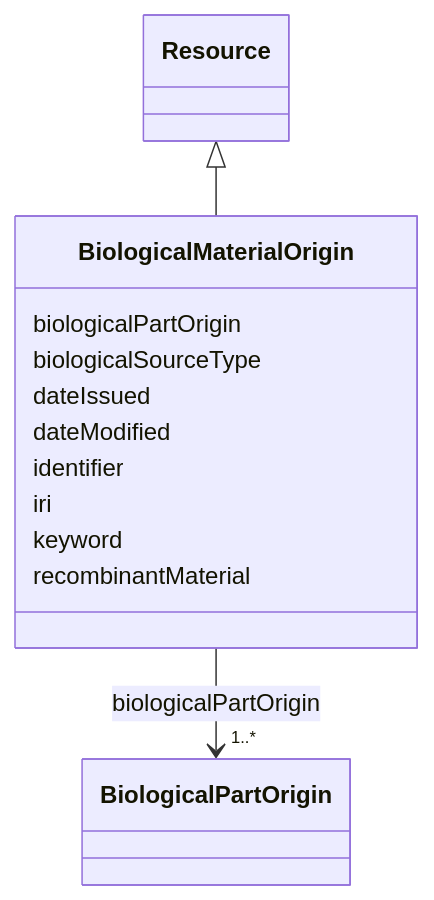
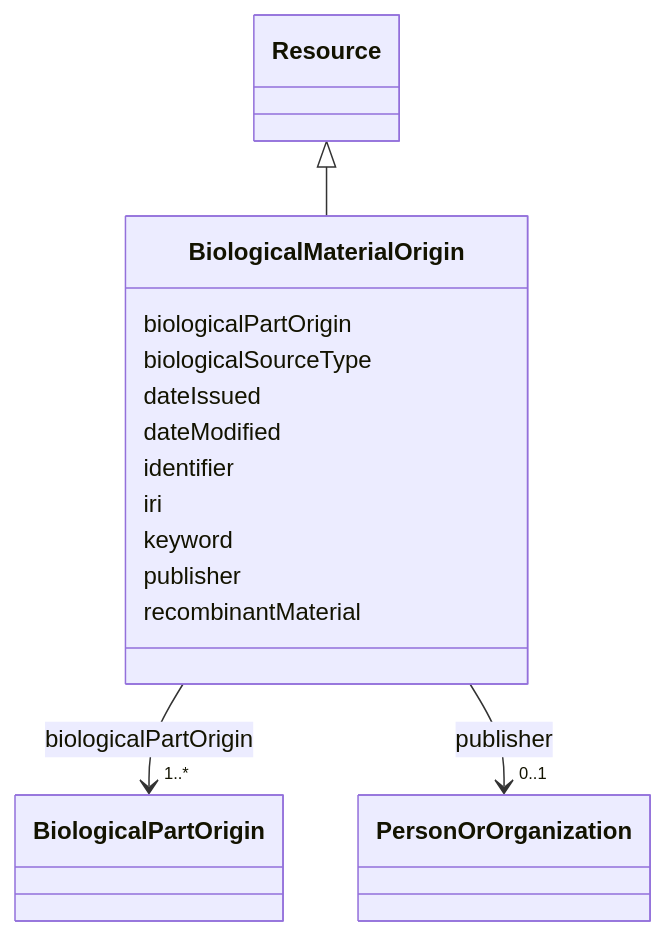
Before and after one commit to EVORA-project/evora-ontology: the diagram in models/docs/BiologicalMaterialOrigin.md, drawn with Mermaid. The commit also changed other lines of this file and 468 other files, not shown here.

````diff
--- a/models/docs/BiologicalMaterialOrigin.md
+++ b/models/docs/BiologicalMaterialOrigin.md
@@ -19,32 +19,41 @@
 ```mermaid
  classDiagram
     class BiologicalMaterialOrigin
     click BiologicalMaterialOrigin href "../BiologicalMaterialOrigin"
       Resource <|-- BiologicalMaterialOrigin
         click Resource href "../Resource"
       
       BiologicalMaterialOrigin : biologicalPartOrigin
         
           
     
     
     BiologicalMaterialOrigin --> "1..*" BiologicalPartOrigin : biologicalPartOrigin
     click BiologicalPartOrigin href "../BiologicalPartOrigin"
 
         
       BiologicalMaterialOrigin : biologicalSourceType
         
       BiologicalMaterialOrigin : dateIssued
         
       BiologicalMaterialOrigin : dateModified
         
       BiologicalMaterialOrigin : identifier
         
       BiologicalMaterialOrigin : iri
         
       BiologicalMaterialOrigin : keyword
         
+      BiologicalMaterialOrigin : publisher
+        
+          
+    
+    
+    BiologicalMaterialOrigin --> "0..1" PersonOrOrganization : publisher
+    click PersonOrOrganization href "../PersonOrOrganization"
+
+        
       BiologicalMaterialOrigin : recombinantMaterial
         
       
 ```
````
